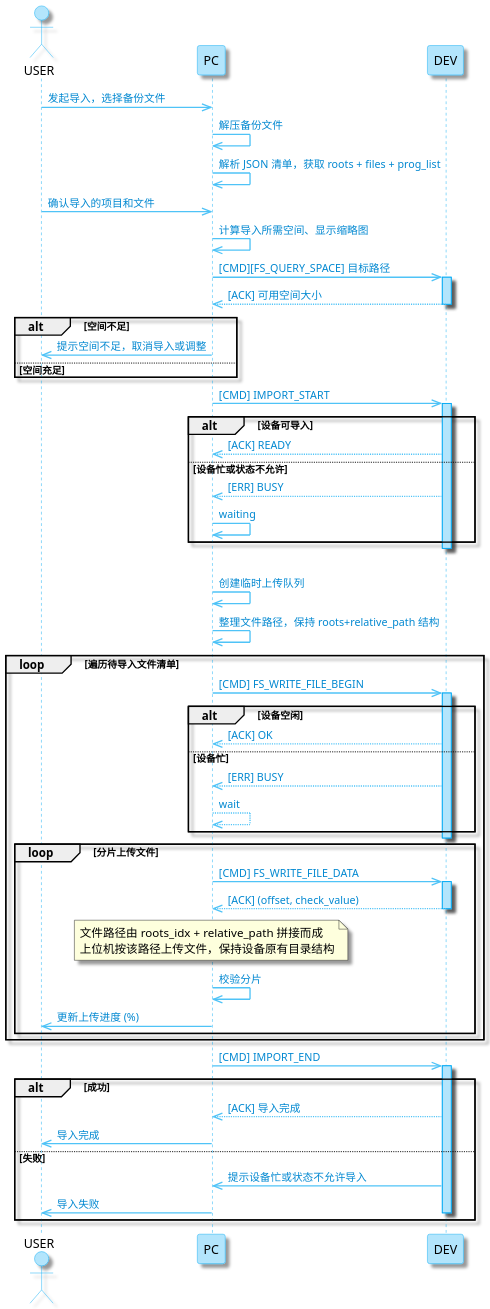
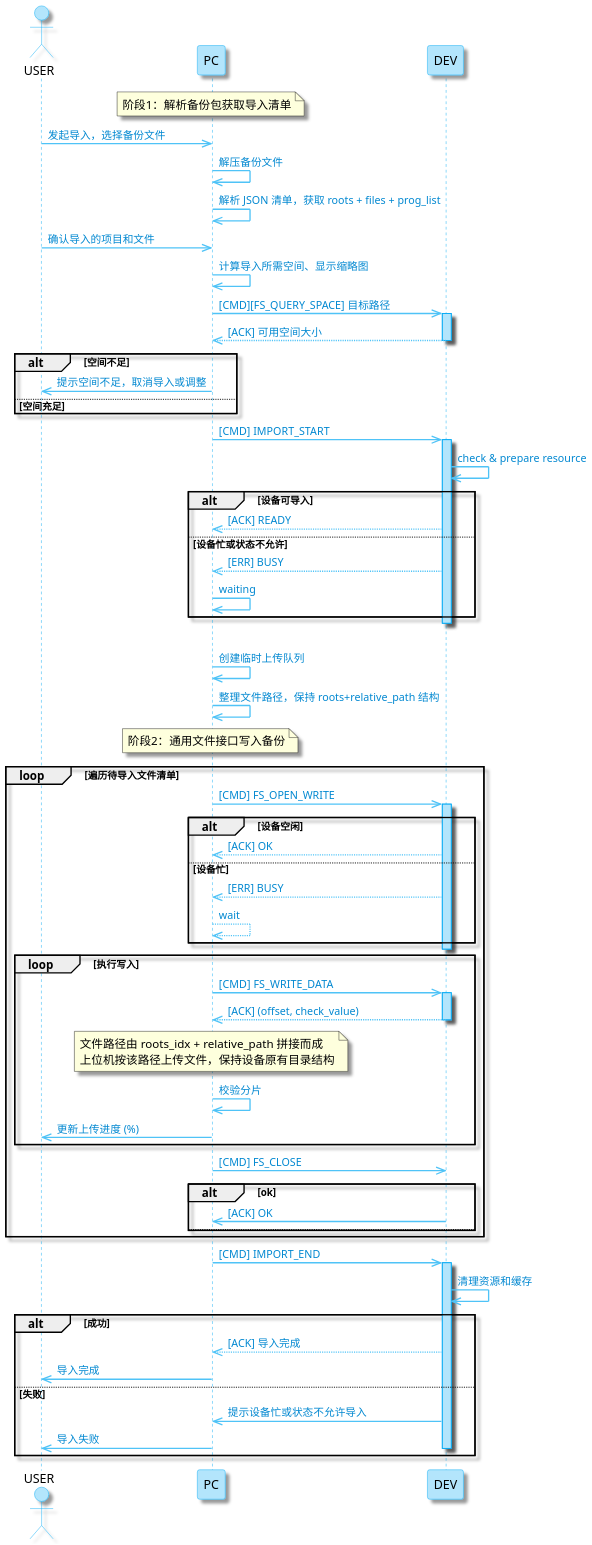
One commit to GarfiledXu/dendron changed diagram 12 of 12 in work.xinsuan.dev.nv5.时序图状态图导出2.md. Above: the diagram before and after it, drawn with PlantUML. The commit also changed other lines of this file and 8 other files, not shown here.

```diff
--- a/work.xinsuan.dev.nv5.时序图状态图导出2.md
+++ b/work.xinsuan.dev.nv5.时序图状态图导出2.md
@@ -1726,6 +2192,9 @@
 ' 导入流程（引入 IMPORT_START 会话）
 ' ================================
 
+note over p
+阶段1：解析备份包获取导入清单
+end note
 ' 1. 发起导入，选择待导入的备份文件
 u ->> p: 发起导入，选择备份文件
 
@@ -1752,6 +2221,7 @@
 ' 5. 上位机触发导入会话
 p ->> d: [CMD] IMPORT_START
 activate d
+d ->> d: check & prepare resource
 alt 设备可导入
     d -->> p: [ACK] READY
 else 设备忙或状态不允许
@@ -1765,9 +2235,12 @@
     p ->> p: 创建临时上传队列
     p ->> p: 整理文件路径，保持 roots+relative_path 结构
 
+note over p
+阶段2：通用文件接口写入备份
+end note
     ' 7. 上位机逐个文件通过 [CMD][FS] 上传
     loop 遍历待导入文件清单
-        p ->> d: [CMD] FS_WRITE_FILE_BEGIN
+        p ->> d: [CMD] FS_OPEN_WRITE
         activate d
         alt 设备空闲
             d -->> p: [ACK] OK
@@ -1777,8 +2250,8 @@
         end
         deactivate d
 
-        loop 分片上传文件
-            p ->> d: [CMD] FS_WRITE_FILE_DATA
+        loop 执行写入
+            p ->> d: [CMD] FS_WRITE_DATA
             activate d
             d -->> p: [ACK] (offset, check_value)
             deactivate d
@@ -1791,11 +2264,17 @@
             p ->> p: 校验分片
             p ->> u: 更新上传进度 (%)
         end
+        p ->> d: [CMD] FS_CLOSE
+        alt ok
+        d ->> p: [ACK] OK
+        else
+        end
     end
 
     ' 8. 上位机调用业务层完成导入提交
     p ->> d: [CMD] IMPORT_END
     activate d
+    d ->> d: 清理资源和缓存
     alt 成功
     d -->> p: [ACK] 导入完成
     p ->> u: 导入完成
```
